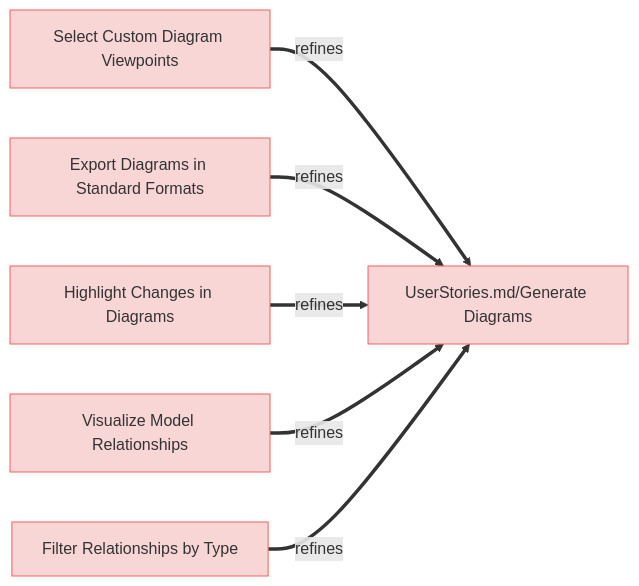
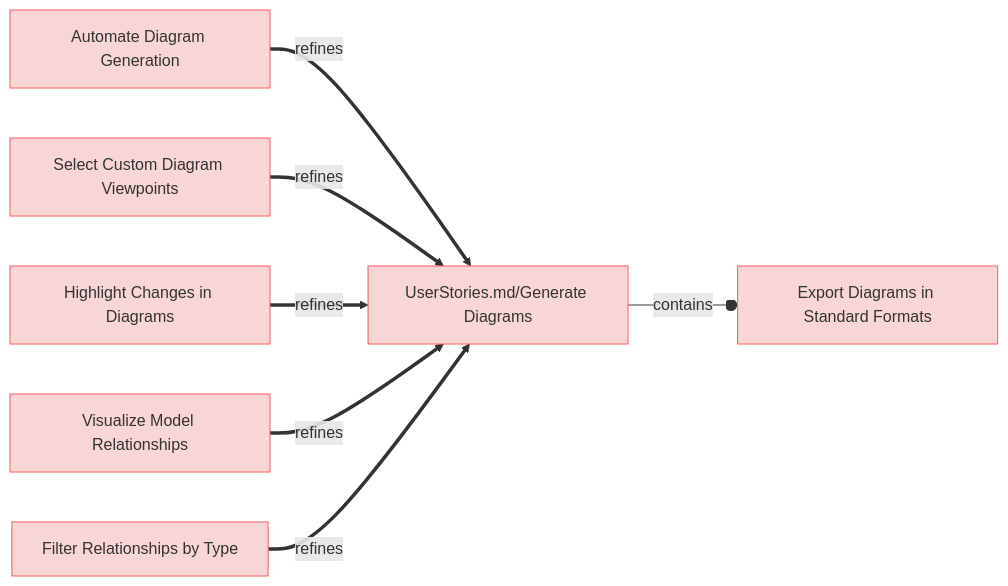
Before and after one commit to reqvire-org/reqvire: the second of 11 diagrams in specifications/UserRequirements.md, drawn with Mermaid. The commit also changed other lines of this file and 31 other files, not shown here.

````diff
--- a/specifications/UserRequirements.md
+++ b/specifications/UserRequirements.md
@@ -89,34 +89,41 @@
 ```mermaid
 graph LR;
   %% Graph styling
   classDef requirement fill:#f9d6d6,stroke:#f55f5f,stroke-width:1px;
   classDef satisfies fill:#fff2cc,stroke:#ffcc00,stroke-width:1px;
   classDef verification fill:#d6f9d6,stroke:#5fd75f,stroke-width:1px;
   classDef externalLink fill:#d0e0ff,stroke:#3080ff,stroke-width:1px;
   classDef paragraph fill:#efefef,stroke:#999999,stroke-width:1px;
   classDef default fill:#f5f5f5,stroke:#333333,stroke-width:1px;
 
+    Automate_Diagram_Generation["Automate Diagram Generation"];
+    click Automate_Diagram_Generation "UserRequirements.md#automate-diagram-generation";
+    class Automate_Diagram_Generation requirement;
+    Automate_Diagram_Generation ==>|refines| _UserStories_md_Generate_Diagrams__UserStories_md_generate_diagrams_;
+    _UserStories_md_Generate_Diagrams__UserStories_md_generate_diagrams_["UserStories.md#Generate Diagrams"];
+    click _UserStories_md_Generate_Diagrams__UserStories_md_generate_diagrams_ "UserStories.md#generate-diagrams";
+    class _UserStories_md_Generate_Diagrams__UserStories_md_generate_diagrams_ requirement;
     Select_Custom_Diagram_Viewpoints["Select Custom Diagram Viewpoints"];
     click Select_Custom_Diagram_Viewpoints "UserRequirements.md#select-custom-diagram-viewpoints";
     class Select_Custom_Diagram_Viewpoints requirement;
-    Select_Custom_Diagram_Viewpoints ==>|refines| _UserStories_md_Generate_Diagrams__UserStories_html_generate_diagrams_;
-    _UserStories_md_Generate_Diagrams__UserStories_html_generate_diagrams_["UserStories.md/Generate Diagrams"];
-    click _UserStories_md_Generate_Diagrams__UserStories_html_generate_diagrams_ "UserStories.html#generate-diagrams";
-    class _UserStories_md_Generate_Diagrams__UserStories_html_generate_diagrams_ requirement;
+    Select_Custom_Diagram_Viewpoints ==>|refines| _UserStories_md_Generate_Diagrams__UserStories_md_generate_diagrams_;
+    _UserStories_md_Generate_Diagrams__UserStories_md_generate_diagrams_["UserStories.md/Generate Diagrams"];
+    click _UserStories_md_Generate_Diagrams__UserStories_md_generate_diagrams_ "UserStories.md#generate-diagrams";
+    class _UserStories_md_Generate_Diagrams__UserStories_md_generate_diagrams_ requirement;
     Export_Diagrams_in_Standard_Formats["Export Diagrams in Standard Formats"];
     click Export_Diagrams_in_Standard_Formats "UserRequirements.md#export-diagrams-in-standard-formats";
     class Export_Diagrams_in_Standard_Formats requirement;
-    Export_Diagrams_in_Standard_Formats ==>|refines| _UserStories_md_Generate_Diagrams__UserStories_html_generate_diagrams_;
+    _UserStories_md_Generate_Diagrams__UserStories_md_generate_diagrams_ --o|contains| Export_Diagrams_in_Standard_Formats;
     Highlight_Changes_in_Diagrams["Highlight Changes in Diagrams"];
     click Highlight_Changes_in_Diagrams "UserRequirements.md#highlight-changes-in-diagrams";
     class Highlight_Changes_in_Diagrams requirement;
-    Highlight_Changes_in_Diagrams ==>|refines| _UserStories_md_Generate_Diagrams__UserStories_html_generate_diagrams_;
+    Highlight_Changes_in_Diagrams ==>|refines| _UserStories_md_Generate_Diagrams__UserStories_md_generate_diagrams_;
     Visualize_Model_Relationships["Visualize Model Relationships"];
     click Visualize_Model_Relationships "UserRequirements.md#visualize-model-relationships";
     class Visualize_Model_Relationships requirement;
-    Visualize_Model_Relationships ==>|refines| _UserStories_md_Generate_Diagrams__UserStories_html_generate_diagrams_;
+    Visualize_Model_Relationships ==>|refines| _UserStories_md_Generate_Diagrams__UserStories_md_generate_diagrams_;
     Filter_Relationships_by_Type["Filter Relationships by Type"];
     click Filter_Relationships_by_Type "UserRequirements.md#filter-relationships-by-type";
     class Filter_Relationships_by_Type requirement;
-    Filter_Relationships_by_Type ==>|refines| _UserStories_md_Generate_Diagrams__UserStories_html_generate_diagrams_;
+    Filter_Relationships_by_Type ==>|refines| _UserStories_md_Generate_Diagrams__UserStories_md_generate_diagrams_;
 ```
````
